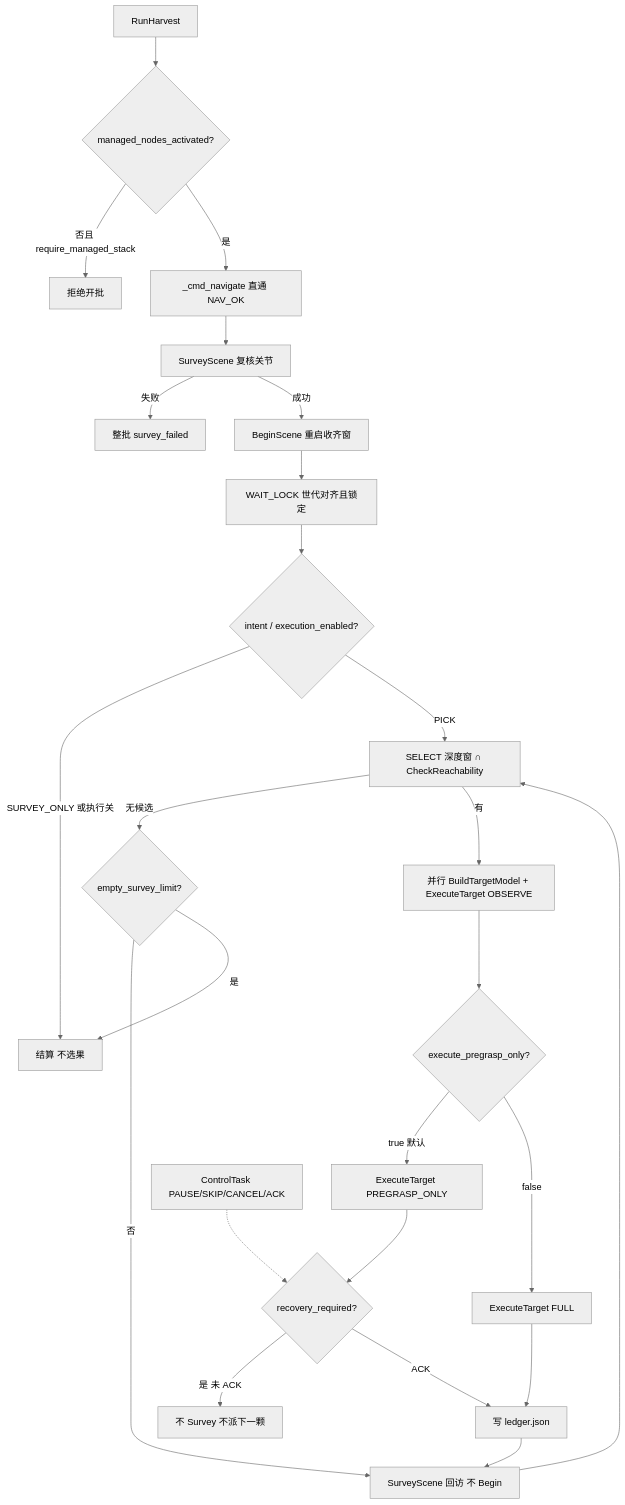
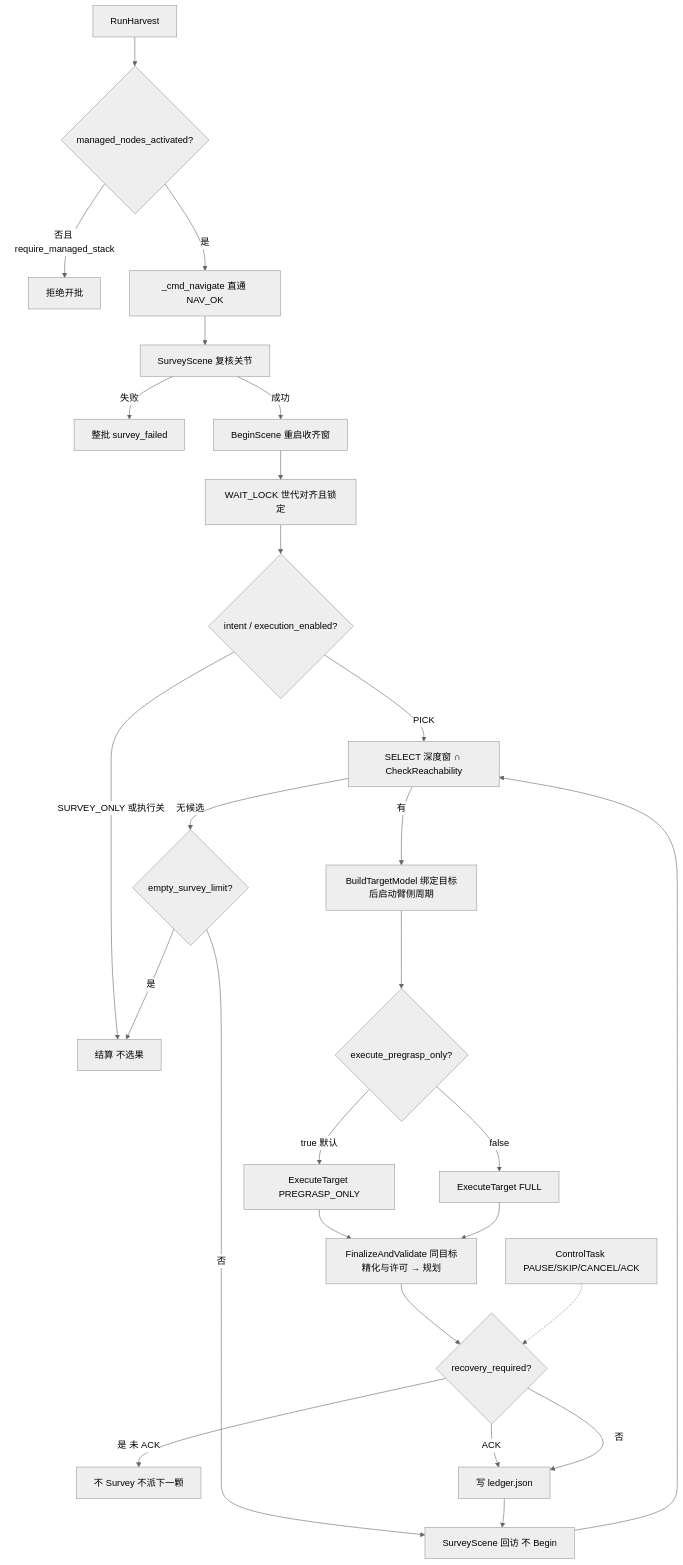
The fifth of 5 diagrams in src/peach/peach_harvester/doc/io.md (MUHAN11-c/aubo_boot), drawn with Mermaid (neutral theme) before and after one commit. The commit also changed other lines of this file and 2159 other files, not shown here.

````diff
--- a/src/peach/peach_harvester/doc/io.md
+++ b/src/peach/peach_harvester/doc/io.md
@@ -204,27 +210,29 @@
 ```mermaid
 flowchart TB
   rh["RunHarvest"] --> flag{"managed_nodes_activated?"}
   flag -->|否且 require_managed_stack| rej["拒绝开批"]
   flag -->|是| nav["_cmd_navigate 直通 NAV_OK"]
   nav --> survey["SurveyScene 复核关节"]
   survey -->|失败| fail["整批 survey_failed"]
   survey -->|成功| begin["BeginScene 重启收齐窗"]
   begin --> waitLock["WAIT_LOCK 世代对齐且锁定"]
   waitLock --> intent{"intent / execution_enabled?"}
   intent -->|SURVEY_ONLY 或执行关| settle["结算 不选果"]
   intent -->|PICK| sel["SELECT 深度窗 ∩ CheckReachability"]
   sel -->|无候选| empty{"empty_survey_limit?"}
   empty -->|否| revisit["SurveyScene 回访 不 Begin"]
   empty -->|是| settle
-  sel -->|有| disp["并行 BuildTargetModel + ExecuteTarget OBSERVE"]
+  sel -->|有| disp["BuildTargetModel 绑定目标后启动臂侧周期"]
   disp --> full{"execute_pregrasp_only?"}
   full -->|true 默认| pg["ExecuteTarget PREGRASP_ONLY"]
   full -->|false| fl["ExecuteTarget FULL"]
-  pg --> recov{"recovery_required?"}
+  pg --> refine["FinalizeAndValidate 同目标精化与许可 → 规划"]
+  fl --> refine
+  refine --> recov{"recovery_required?"}
   recov -->|是 未 ACK| hold["不 Survey 不派下一颗"]
   recov -->|ACK| ledger["写 ledger.json"]
-  fl --> ledger
+  recov -->|否| ledger
   ledger --> revisit
   revisit --> sel
   ctl["ControlTask PAUSE/SKIP/CANCEL/ACK"] -.-> recov
 ```
````
